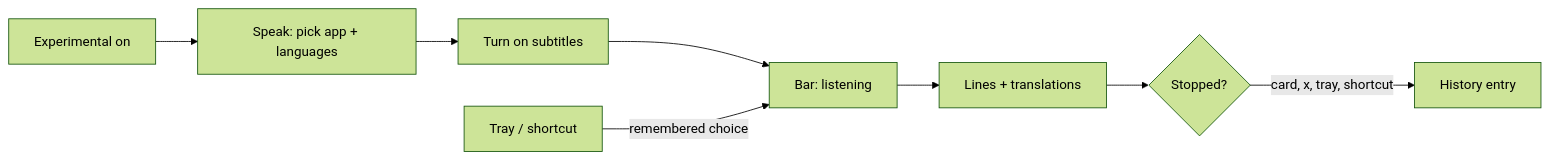
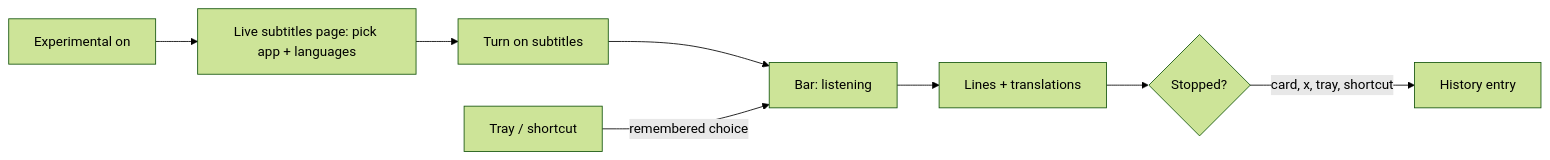
One commit to wblekhoa/speakease changed the diagram in docs/product/ux/live-subtitles.md. Above: the diagram before and after it, drawn with Mermaid (forest theme). The commit also changed other lines of this file and 12 other files, not shown here.

First line of the commit message:
feat(live-subtitles): its own page in the side column

````diff
--- a/docs/product/ux/live-subtitles.md
+++ b/docs/product/ux/live-subtitles.md
@@ -75,10 +77,10 @@
 ```mermaid
 flowchart LR
-  A[Experimental on] --> B[Speak: pick app + languages]
+  A[Experimental on] --> B[Live subtitles page: pick app + languages]
   B --> C[Turn on subtitles]
   C --> D[Bar: listening]
   D --> E[Lines + translations]
   E --> F{Stopped?}
   F -- card, x, tray, shortcut --> G[History entry]
   T[Tray / shortcut] -- remembered choice --> D
 ```
````
